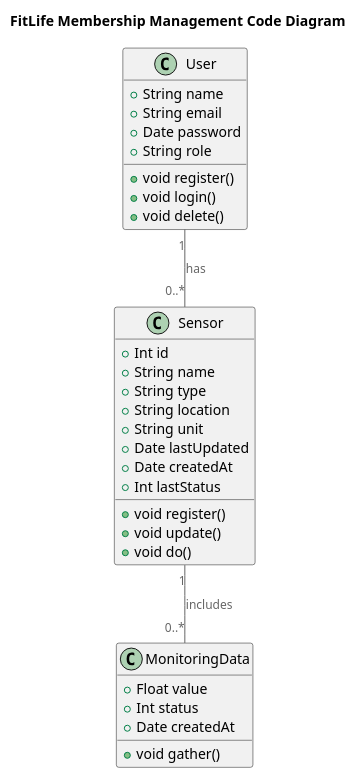
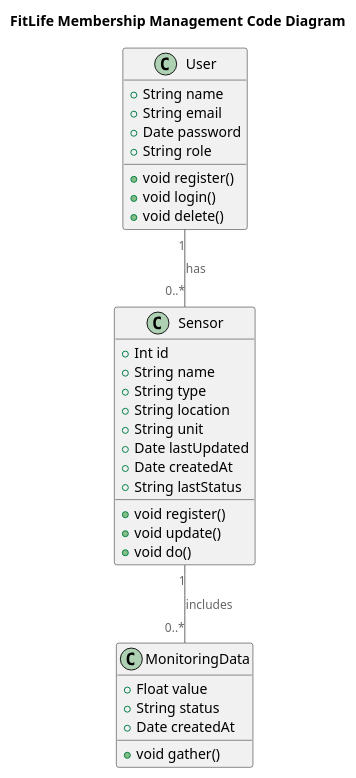
One commit to egorgasay/architecture-pro-warmhouse changed the fifth of 6 diagrams in README.md. Above: the diagram before and after it, drawn with PlantUML. The commit also changed 11 other files, not shown here.

````diff
--- a/README.md
+++ b/README.md
@@ -286,45 +286,45 @@
 ```plantuml
 @startuml
 title FitLife Membership Management Code Diagram
 
 top to bottom direction
 
 !includeurl https://raw.githubusercontent.com/RicardoNiepel/C4-PlantUML/master/C4_Component.puml
 
 class MonitoringData {
   +Float value
-  +Int status
+  +String status
   +Date createdAt
   +void gather()
 }
 
 class Sensor {
   +Int id
   +String name
   +String type
   +String location
   +String unit
   +Date lastUpdated
   +Date createdAt
-  +Int lastStatus
+  +String lastStatus
   +void register()
   +void update()
   +void do()
 }
 
 
 class User {
   +String name
   +String email
   +Date password
   +String role
   +void register()
   +void login()
   +void delete()
 }
 
 User "1" -- "0..*" Sensor : has
 Sensor "1" -- "0..*" MonitoringData : includes
 
 @enduml
 ```
````
